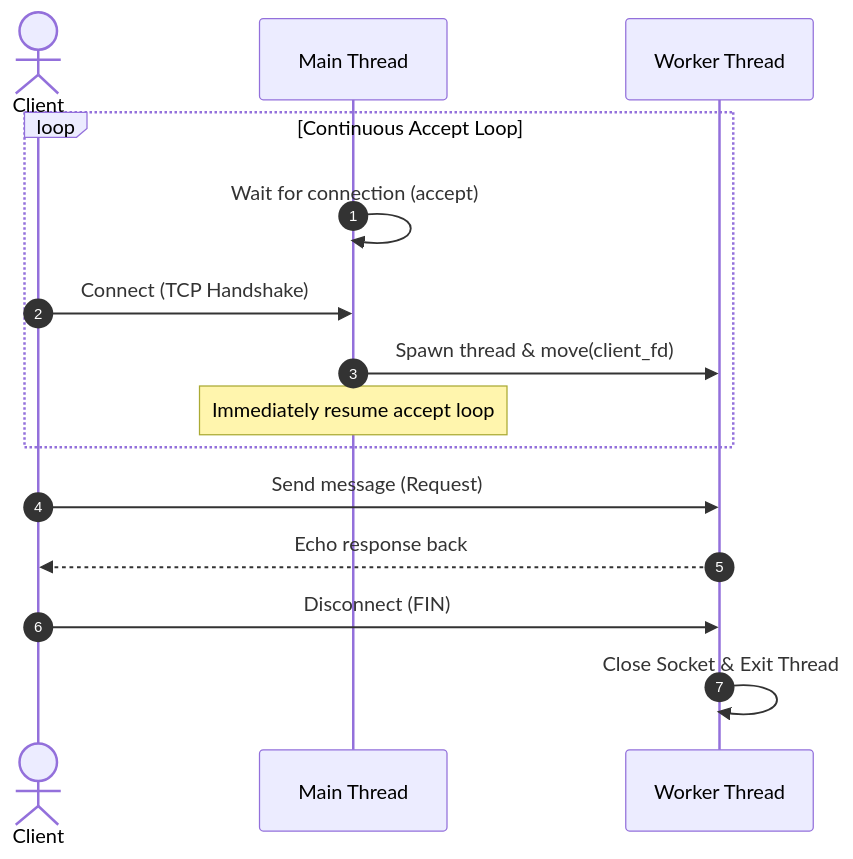
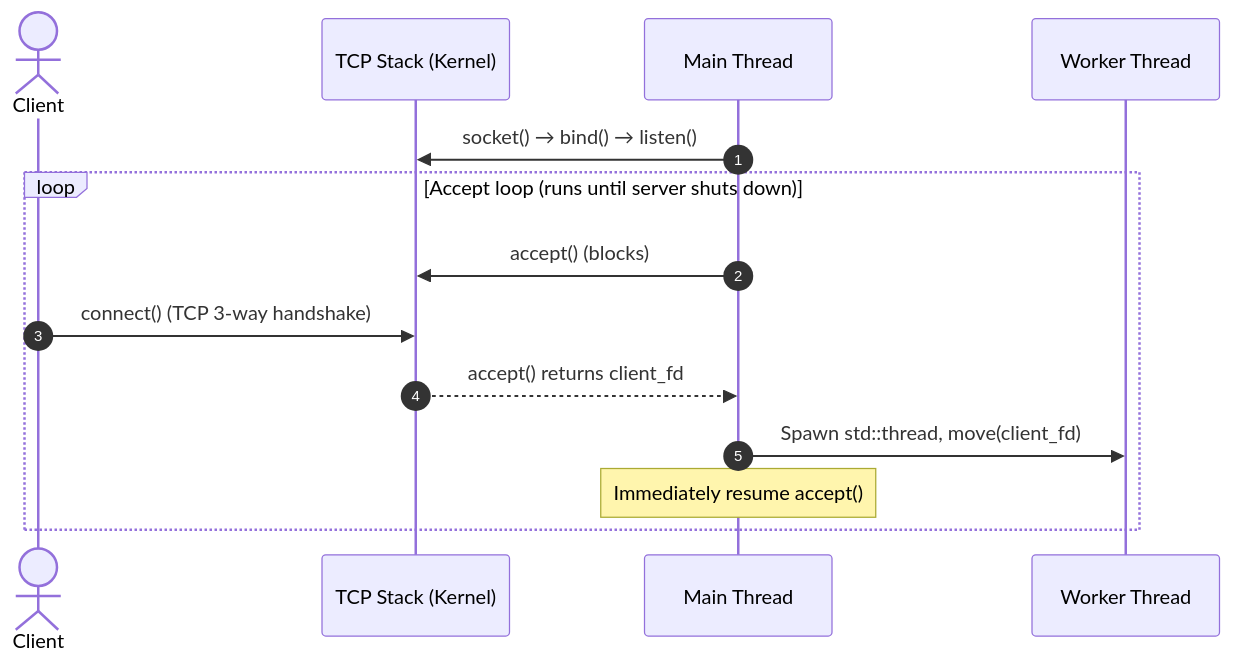
The first of 2 diagrams in docs/phase-1.md (krss-sys/aether-stream-layer), drawn with Mermaid before and after one commit. The commit also changed other lines of this file and 3 other files, not shown here.

````diff
--- a/docs/phase-1.md
+++ b/docs/phase-1.md
@@ -27,20 +31,18 @@
 ```mermaid
 sequenceDiagram
     autonumber
     actor Client
+    participant Kernel as TCP Stack (Kernel)
     participant Main as Main Thread
     participant Worker as Worker Thread
 
-    loop Continuous Accept Loop
-        Main->>Main: Wait for connection (accept)
-        Client->>Main: Connect (TCP Handshake)
-        Main->>Worker: Spawn thread & move(client_fd)
-        Note over Main: Immediately resume accept loop
+    Main->>Kernel: socket() → bind() → listen()
+
+    loop Accept loop (runs until server shuts down)
+        Main->>Kernel: accept() (blocks)
+        Client->>Kernel: connect() (TCP 3-way handshake)
+        Kernel-->>Main: accept() returns client_fd
+        Main->>Worker: Spawn std::thread, move(client_fd)
+        Note over Main: Immediately resume accept()
     end
-
-    Client->>Worker: Send message (Request)
-    Worker-->>Client: Echo response back
-    Client->>Worker: Disconnect (FIN)
-    Worker->>Worker: Close Socket & Exit Thread
-
 ```
````
